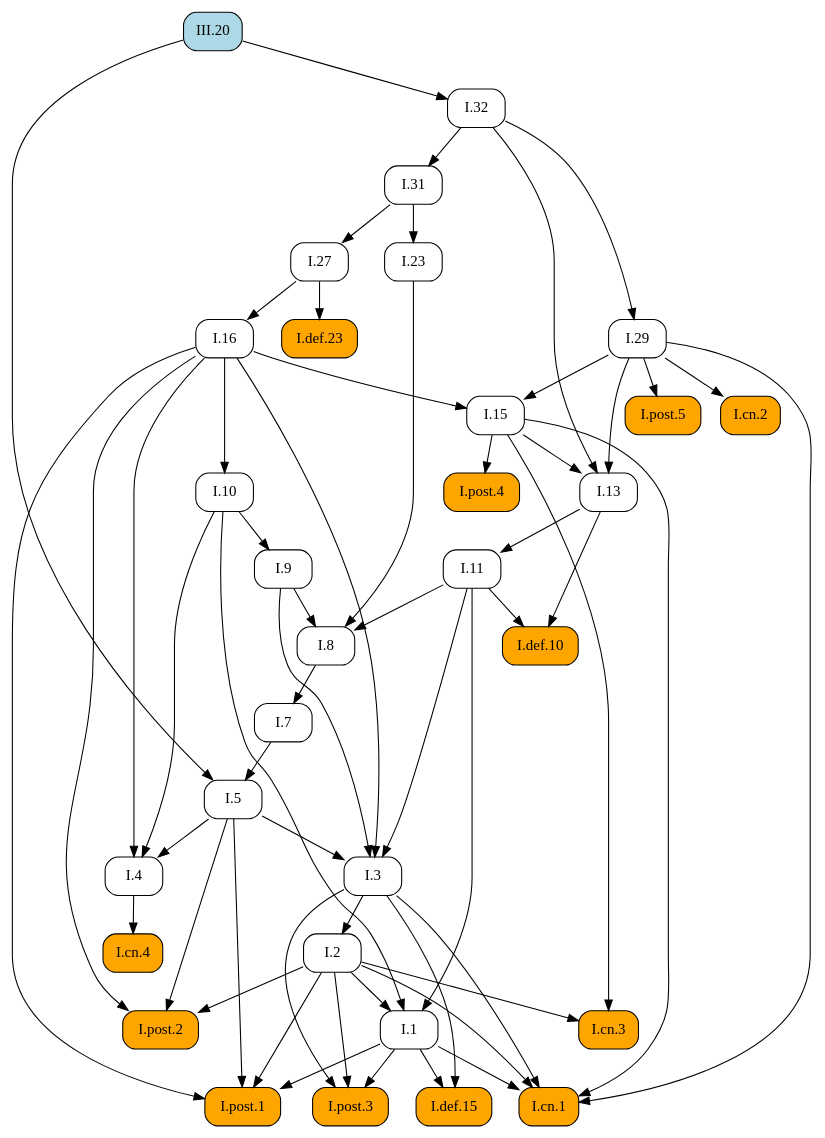
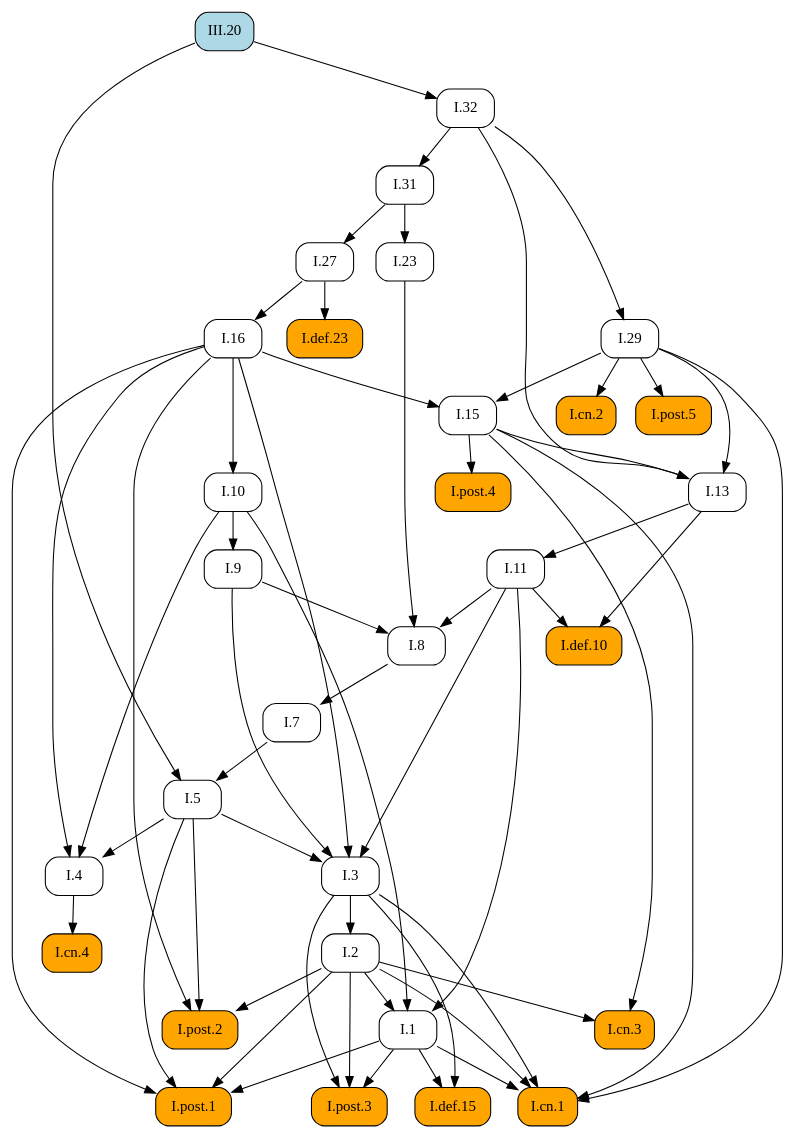
The diagram in docsrc/heath/III/20/index.rst (geometor/elements), drawn with Graphviz before and after one commit. The commit also changed other lines of this file and 484 other files, not shown here.

```diff
--- a/docsrc/heath/III/20/index.rst
+++ b/docsrc/heath/III/20/index.rst
@@ -64,92 +64,92 @@
    digraph {
      rankdir="TB";
      node [shape=box, style=rounded];
+     "I.23" [URL="/heath/I/23/", target="_top"];
+     "I.9" [URL="/heath/I/9/", target="_top"];
+     "I.cn.1" [style="rounded,filled", fillcolor=orange, URL="/heath/I/cn.1/", target="_top"];
+     "I.32" [URL="/heath/I/32/", target="_top"];
+     "I.7" [URL="/heath/I/7/", target="_top"];
+     "I.2" [URL="/heath/I/2/", target="_top"];
+     "I.def.15" [style="rounded,filled", fillcolor=orange, URL="/heath/I/def.15/", target="_top"];
+     "I.13" [URL="/heath/I/13/", target="_top"];
+     "I.post.4" [style="rounded,filled", fillcolor=orange, URL="/heath/I/post.4/", target="_top"];
+     "I.4" [URL="/heath/I/4/", target="_top"];
+     "I.1" [URL="/heath/I/1/", target="_top"];
+     "I.post.3" [style="rounded,filled", fillcolor=orange, URL="/heath/I/post.3/", target="_top"];
+     "I.post.1" [style="rounded,filled", fillcolor=orange, URL="/heath/I/post.1/", target="_top"];
+     "I.5" [URL="/heath/I/5/", target="_top"];
+     "I.8" [URL="/heath/I/8/", target="_top"];
+     "III.20" [style="rounded,filled", fillcolor=lightblue, URL="/heath/III/20/", target="_top"];
+     "I.29" [URL="/heath/I/29/", target="_top"];
+     "I.cn.3" [style="rounded,filled", fillcolor=orange, URL="/heath/I/cn.3/", target="_top"];
+     "I.16" [URL="/heath/I/16/", target="_top"];
+     "I.31" [URL="/heath/I/31/", target="_top"];
      "I.def.10" [style="rounded,filled", fillcolor=orange, URL="/heath/I/def.10/", target="_top"];
+     "I.15" [URL="/heath/I/15/", target="_top"];
+     "I.10" [URL="/heath/I/10/", target="_top"];
      "I.11" [URL="/heath/I/11/", target="_top"];
-     "I.post.4" [style="rounded,filled", fillcolor=orange, URL="/heath/I/post.4/", target="_top"];
-     "I.1" [URL="/heath/I/1/", target="_top"];
+     "I.def.23" [style="rounded,filled", fillcolor=orange, URL="/heath/I/def.23/", target="_top"];
+     "I.cn.2" [style="rounded,filled", fillcolor=orange, URL="/heath/I/cn.2/", target="_top"];
      "I.27" [URL="/heath/I/27/", target="_top"];
-     "I.7" [URL="/heath/I/7/", target="_top"];
+     "I.post.5" [style="rounded,filled", fillcolor=orange, URL="/heath/I/post.5/", target="_top"];
+     "I.cn.4" [style="rounded,filled", fillcolor=orange, URL="/heath/I/cn.4/", target="_top"];
+     "I.post.2" [style="rounded,filled", fillcolor=orange, URL="/heath/I/post.2/", target="_top"];
      "I.3" [URL="/heath/I/3/", target="_top"];
-     "I.2" [URL="/heath/I/2/", target="_top"];
-     "I.4" [URL="/heath/I/4/", target="_top"];
-     "I.def.23" [style="rounded,filled", fillcolor=orange, URL="/heath/I/def.23/", target="_top"];
-     "I.29" [URL="/heath/I/29/", target="_top"];
-     "III.20" [style="rounded,filled", fillcolor=lightblue, URL="/heath/III/20/", target="_top"];
-     "I.13" [URL="/heath/I/13/", target="_top"];
-     "I.cn.2" [style="rounded,filled", fillcolor=orange, URL="/heath/I/cn.2/", target="_top"];
-     "I.post.2" [style="rounded,filled", fillcolor=orange, URL="/heath/I/post.2/", target="_top"];
-     "I.31" [URL="/heath/I/31/", target="_top"];
-     "I.16" [URL="/heath/I/16/", target="_top"];
-     "I.def.15" [style="rounded,filled", fillcolor=orange, URL="/heath/I/def.15/", target="_top"];
-     "I.9" [URL="/heath/I/9/", target="_top"];
-     "I.post.3" [style="rounded,filled", fillcolor=orange, URL="/heath/I/post.3/", target="_top"];
-     "I.cn.1" [style="rounded,filled", fillcolor=orange, URL="/heath/I/cn.1/", target="_top"];
-     "I.cn.3" [style="rounded,filled", fillcolor=orange, URL="/heath/I/cn.3/", target="_top"];
-     "I.32" [URL="/heath/I/32/", target="_top"];
-     "I.8" [URL="/heath/I/8/", target="_top"];
-     "I.cn.4" [style="rounded,filled", fillcolor=orange, URL="/heath/I/cn.4/", target="_top"];
-     "I.23" [URL="/heath/I/23/", target="_top"];
-     "I.15" [URL="/heath/I/15/", target="_top"];
-     "I.post.5" [style="rounded,filled", fillcolor=orange, URL="/heath/I/post.5/", target="_top"];
-     "I.post.1" [style="rounded,filled", fillcolor=orange, URL="/heath/I/post.1/", target="_top"];
-     "I.10" [URL="/heath/I/10/", target="_top"];
-     "I.5" [URL="/heath/I/5/", target="_top"];
-     "I.11" -> "I.def.10";
-     "I.13" -> "I.def.10";
-     "I.13" -> "I.11";
-     "I.15" -> "I.post.4";
-     "I.2" -> "I.1";
-     "I.10" -> "I.1";
-     "I.11" -> "I.1";
-     "I.31" -> "I.27";
-     "I.8" -> "I.7";
-     "I.5" -> "I.3";
-     "I.9" -> "I.3";
-     "I.11" -> "I.3";
-     "I.16" -> "I.3";
-     "I.3" -> "I.2";
-     "I.5" -> "I.4";
-     "I.10" -> "I.4";
-     "I.16" -> "I.4";
-     "I.27" -> "I.def.23";
-     "I.32" -> "I.29";
-     "I.15" -> "I.13";
-     "I.29" -> "I.13";
-     "I.32" -> "I.13";
-     "I.29" -> "I.cn.2";
-     "I.2" -> "I.post.2";
-     "I.5" -> "I.post.2";
-     "I.16" -> "I.post.2";
-     "I.32" -> "I.31";
-     "I.27" -> "I.16";
-     "I.1" -> "I.def.15";
-     "I.3" -> "I.def.15";
+     "I.31" -> "I.23";
      "I.10" -> "I.9";
-     "I.1" -> "I.post.3";
-     "I.2" -> "I.post.3";
-     "I.3" -> "I.post.3";
      "I.1" -> "I.cn.1";
      "I.2" -> "I.cn.1";
      "I.3" -> "I.cn.1";
      "I.15" -> "I.cn.1";
      "I.29" -> "I.cn.1";
-     "I.2" -> "I.cn.3";
-     "I.15" -> "I.cn.3";
      "III.20" -> "I.32";
-     "I.9" -> "I.8";
-     "I.11" -> "I.8";
-     "I.23" -> "I.8";
-     "I.4" -> "I.cn.4";
-     "I.31" -> "I.23";
-     "I.16" -> "I.15";
-     "I.29" -> "I.15";
-     "I.29" -> "I.post.5";
+     "I.8" -> "I.7";
+     "I.3" -> "I.2";
+     "I.1" -> "I.def.15";
+     "I.3" -> "I.def.15";
+     "I.15" -> "I.13";
+     "I.29" -> "I.13";
+     "I.32" -> "I.13";
+     "I.15" -> "I.post.4";
+     "I.5" -> "I.4";
+     "I.10" -> "I.4";
+     "I.16" -> "I.4";
+     "I.2" -> "I.1";
+     "I.10" -> "I.1";
+     "I.11" -> "I.1";
+     "I.1" -> "I.post.3";
+     "I.2" -> "I.post.3";
+     "I.3" -> "I.post.3";
      "I.1" -> "I.post.1";
      "I.2" -> "I.post.1";
      "I.5" -> "I.post.1";
      "I.16" -> "I.post.1";
-     "I.16" -> "I.10";
      "I.7" -> "I.5";
      "III.20" -> "I.5";
+     "I.9" -> "I.8";
+     "I.11" -> "I.8";
+     "I.23" -> "I.8";
+     "I.32" -> "I.29";
+     "I.2" -> "I.cn.3";
+     "I.15" -> "I.cn.3";
+     "I.27" -> "I.16";
+     "I.32" -> "I.31";
+     "I.11" -> "I.def.10";
+     "I.13" -> "I.def.10";
+     "I.16" -> "I.15";
+     "I.29" -> "I.15";
+     "I.16" -> "I.10";
+     "I.13" -> "I.11";
+     "I.27" -> "I.def.23";
+     "I.29" -> "I.cn.2";
+     "I.31" -> "I.27";
+     "I.29" -> "I.post.5";
+     "I.4" -> "I.cn.4";
+     "I.2" -> "I.post.2";
+     "I.5" -> "I.post.2";
+     "I.16" -> "I.post.2";
+     "I.5" -> "I.3";
+     "I.9" -> "I.3";
+     "I.11" -> "I.3";
+     "I.16" -> "I.3";
    }
```
